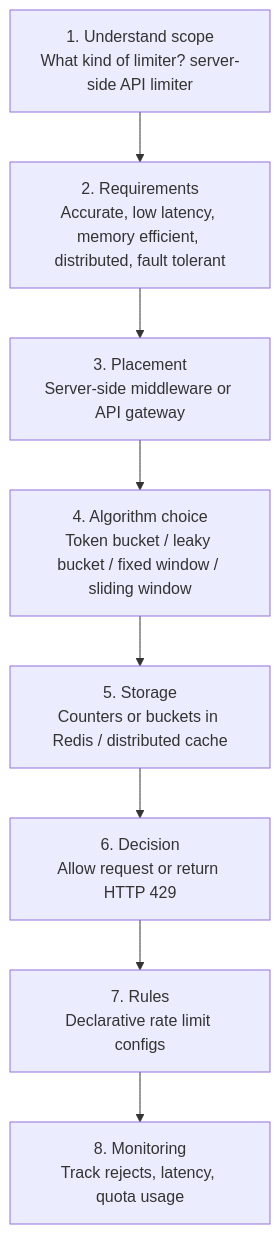
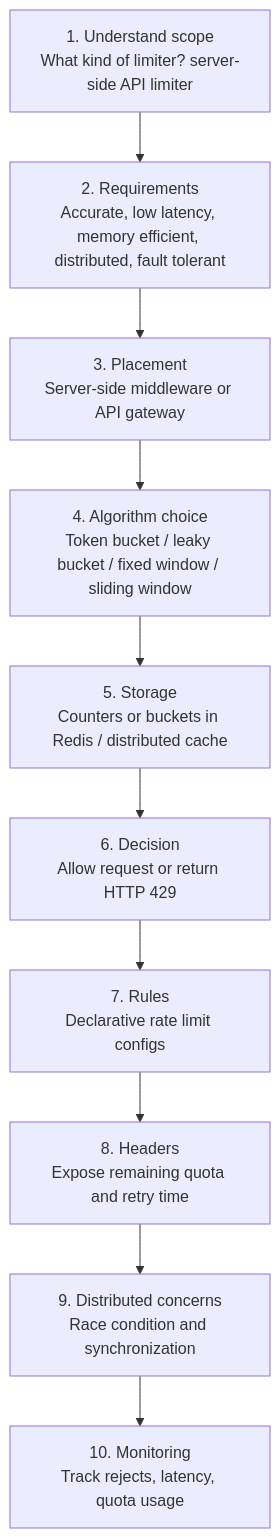
The diagram in design-a-rate-limiter/README.md (yzyolala/System-Design), drawn with Mermaid before and after one commit. The commit also changed other lines of this file and 1 other file, not shown here.

Commit message:
Expand rate limiter deep dive notes

````diff
--- a/design-a-rate-limiter/README.md
+++ b/design-a-rate-limiter/README.md
@@ -14,13 +14,15 @@
 ```mermaid
 flowchart TD
     A["1. Understand scope<br/>What kind of limiter? server-side API limiter"]
     B["2. Requirements<br/>Accurate, low latency, memory efficient, distributed, fault tolerant"]
     C["3. Placement<br/>Server-side middleware or API gateway"]
     D["4. Algorithm choice<br/>Token bucket / leaky bucket / fixed window / sliding window"]
     E["5. Storage<br/>Counters or buckets in Redis / distributed cache"]
     F["6. Decision<br/>Allow request or return HTTP 429"]
     G["7. Rules<br/>Declarative rate limit configs"]
-    H["8. Monitoring<br/>Track rejects, latency, quota usage"]
+    H["8. Headers<br/>Expose remaining quota and retry time"]
+    I["9. Distributed concerns<br/>Race condition and synchronization"]
+    J["10. Monitoring<br/>Track rejects, latency, quota usage"]
 
-    A --> B --> C --> D --> E --> F --> G --> H
+    A --> B --> C --> D --> E --> F --> G --> H --> I --> J
 ```
````
